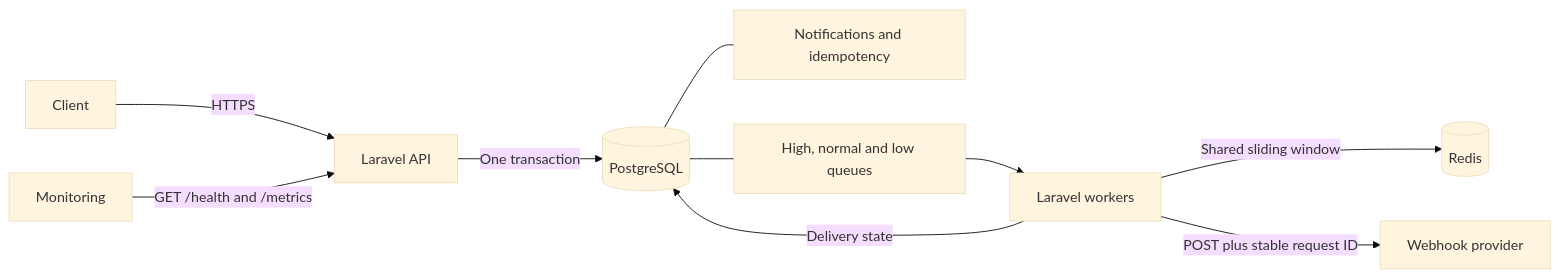
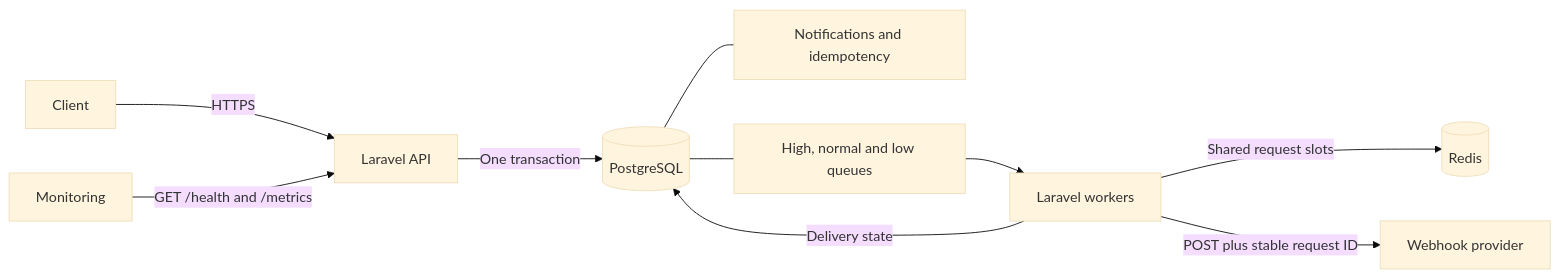
Before and after one commit to KaanAlkan07/notification-system: the diagram in docs/architecture.md, drawn with Mermaid (base theme). The commit also changed other lines of this file and 2 other files, not shown here.

````diff
--- a/docs/architecture.md
+++ b/docs/architecture.md
@@ -3,12 +3,12 @@
 ```mermaid
 flowchart LR
     Client -->|HTTPS| API[Laravel API]
     API -->|One transaction| DB[(PostgreSQL)]
     DB --- Records[Notifications and idempotency]
     DB --- Jobs[High, normal and low queues]
     Jobs --> Workers[Laravel workers]
-    Workers -->|Shared sliding window| Redis[(Redis)]
+    Workers -->|Shared request slots| Redis[(Redis)]
     Workers -->|POST plus stable request ID| Provider[Webhook provider]
     Workers -->|Delivery state| DB
     Monitoring -->|GET /health and /metrics| API
 ```
````
